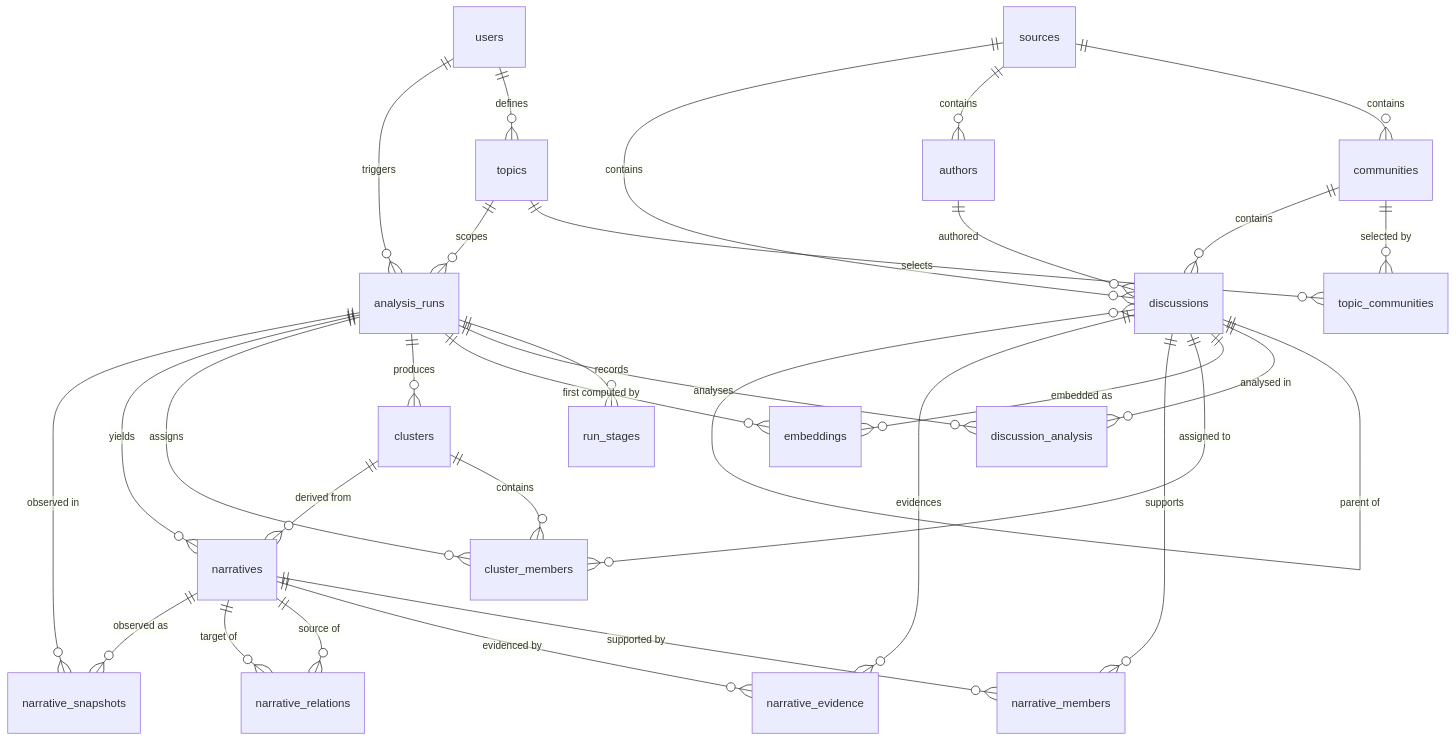
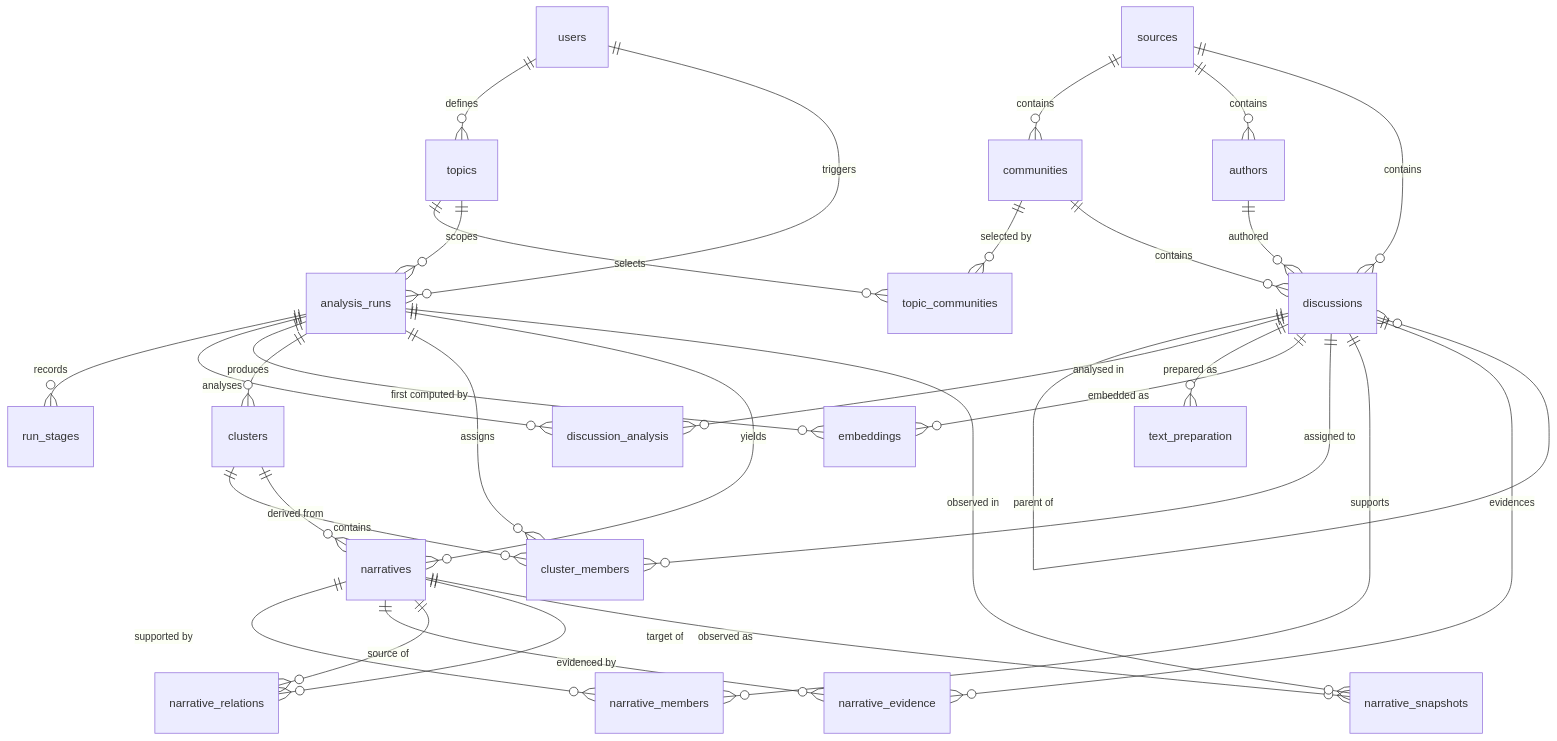
One commit to ueux/Narrax changed the diagram in docs/database.md. Above: the diagram before and after it, drawn with Mermaid. The commit also changed other lines of this file and 50 other files, not shown here.

````diff
--- a/docs/database.md
+++ b/docs/database.md
@@ -37,39 +38,40 @@
 ```mermaid
 erDiagram
     users ||--o{ topics : "defines"
     users ||--o{ analysis_runs : "triggers"
 
     topics ||--o{ topic_communities : "selects"
     communities ||--o{ topic_communities : "selected by"
     topics ||--o{ analysis_runs : "scopes"
 
     sources ||--o{ communities : "contains"
     sources ||--o{ authors : "contains"
     sources ||--o{ discussions : "contains"
     communities ||--o{ discussions : "contains"
     authors ||--o{ discussions : "authored"
     discussions ||--o{ discussions : "parent of"
 
     analysis_runs ||--o{ run_stages : "records"
     analysis_runs ||--o{ discussion_analysis : "analyses"
     discussions ||--o{ discussion_analysis : "analysed in"
+    discussions ||--o{ text_preparation : "prepared as"
 
     discussions ||--o{ embeddings : "embedded as"
     analysis_runs ||--o{ embeddings : "first computed by"
 
     analysis_runs ||--o{ clusters : "produces"
     clusters ||--o{ cluster_members : "contains"
     analysis_runs ||--o{ cluster_members : "assigns"
     discussions ||--o{ cluster_members : "assigned to"
 
     analysis_runs ||--o{ narratives : "yields"
     clusters ||--o{ narratives : "derived from"
     narratives ||--o{ narrative_members : "supported by"
     discussions ||--o{ narrative_members : "supports"
     narratives ||--o{ narrative_evidence : "evidenced by"
     discussions ||--o{ narrative_evidence : "evidences"
     narratives ||--o{ narrative_relations : "source of"
     narratives ||--o{ narrative_relations : "target of"
     narratives ||--o{ narrative_snapshots : "observed as"
     analysis_runs ||--o{ narrative_snapshots : "observed in"
 ```
````
